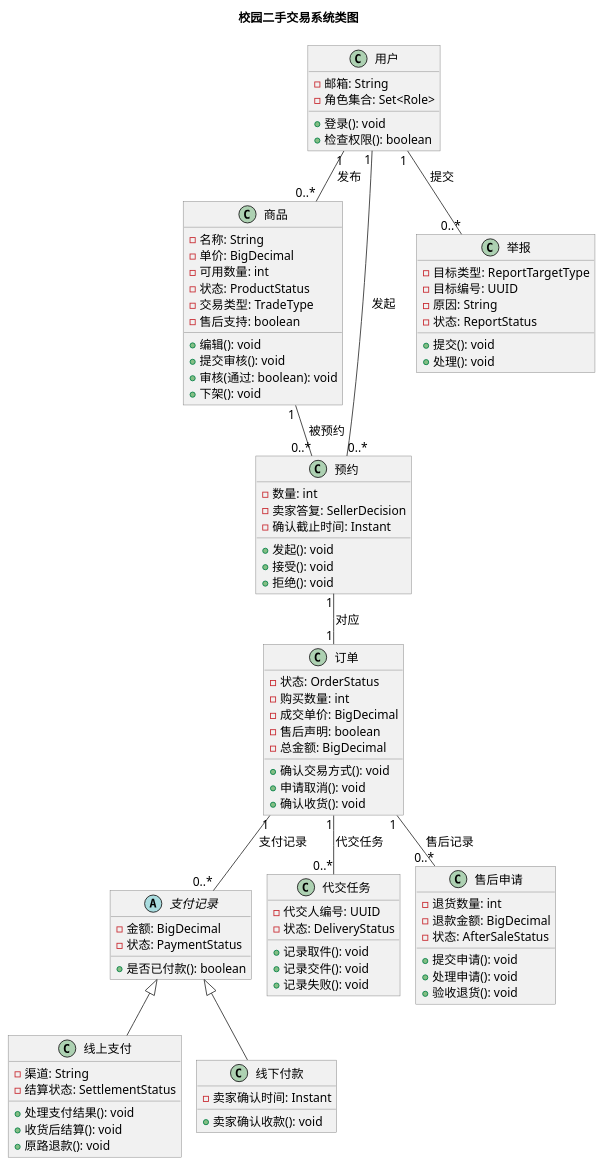
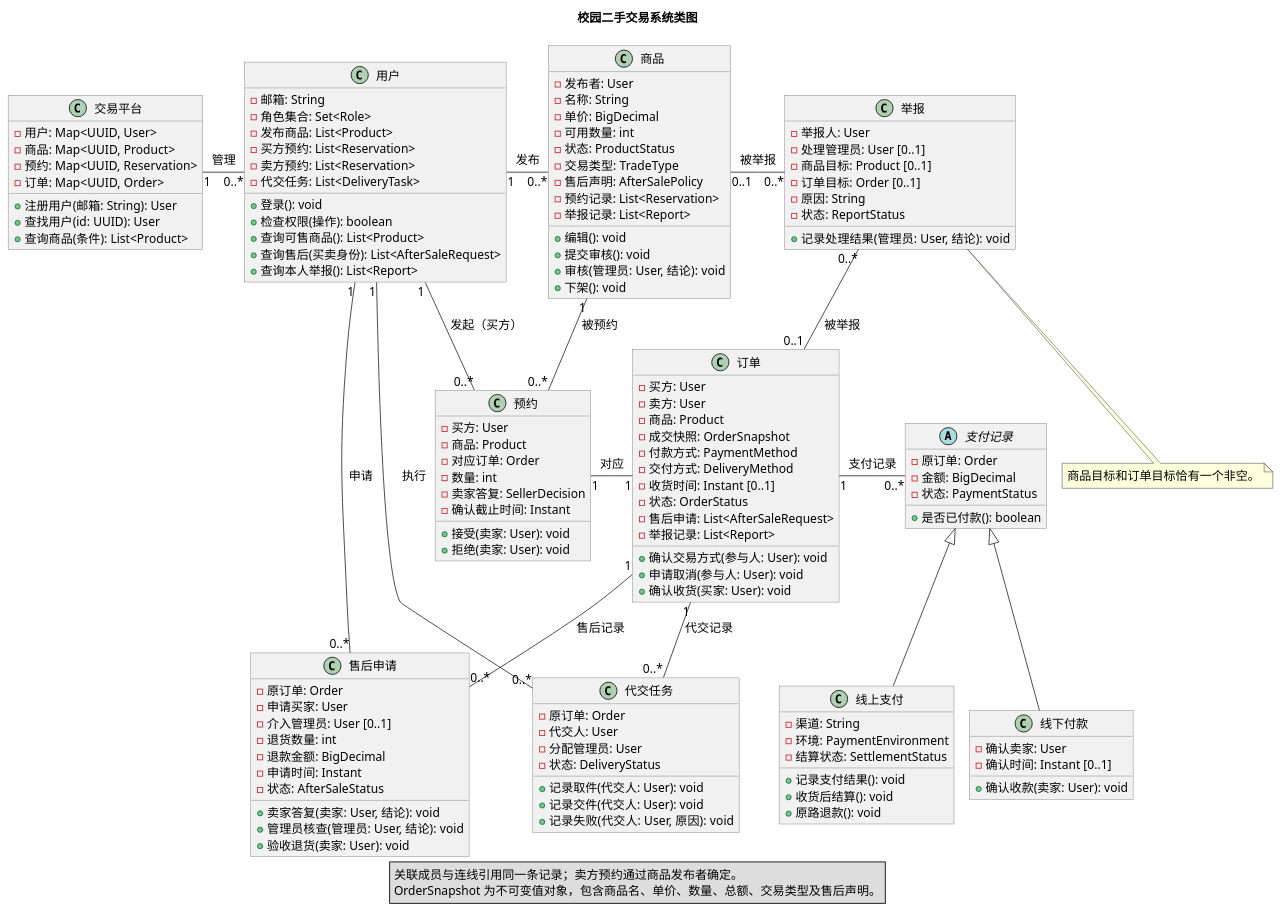
One commit to koishikois259/campus-market changed the diagram in UML/UML类图.puml. Above: the diagram before and after it, drawn with PlantUML. The commit also changed 7 other files, not shown here.

Commit message:
lab2: integrate user-reviewed class structure and start design report

```diff
--- a/UML/UML类图.puml
+++ b/UML/UML类图.puml
@@ -1,110 +1,158 @@
 @startuml
-' v0.2: simplified by AI following the user's reference and review.
+' v0.3: user-reviewed collections, participants and platform registry.
 !pragma layout smetana
 title 校园二手交易系统类图
 skinparam defaultFontName Microsoft YaHei
 skinparam defaultFontSize 14
 skinparam shadowing false
 skinparam roundcorner 0
 skinparam classBackgroundColor #F1F1F1
 skinparam classBorderColor #777777
 skinparam ArrowColor #333333
-skinparam nodesep 40
-skinparam ranksep 55
+skinparam nodesep 35
+skinparam ranksep 45
+
+class "交易平台" as CampusMarket {
+  - 用户: Map<UUID, User>
+  - 商品: Map<UUID, Product>
+  - 预约: Map<UUID, Reservation>
+  - 订单: Map<UUID, Order>
+  + 注册用户(邮箱: String): User
+  + 查找用户(id: UUID): User
+  + 查询商品(条件): List<Product>
+}
 
 class "用户" as User {
   - 邮箱: String
   - 角色集合: Set<Role>
+  - 发布商品: List<Product>
+  - 买方预约: List<Reservation>
+  - 卖方预约: List<Reservation>
+  - 代交任务: List<DeliveryTask>
   + 登录(): void
-  + 检查权限(): boolean
+  + 检查权限(操作): boolean
+  + 查询可售商品(): List<Product>
+  + 查询售后(买卖身份): List<AfterSaleRequest>
+  + 查询本人举报(): List<Report>
 }
 
 class "商品" as Product {
+  - 发布者: User
   - 名称: String
   - 单价: BigDecimal
   - 可用数量: int
   - 状态: ProductStatus
   - 交易类型: TradeType
-  - 售后支持: boolean
+  - 售后声明: AfterSalePolicy
+  - 预约记录: List<Reservation>
+  - 举报记录: List<Report>
   + 编辑(): void
   + 提交审核(): void
-  + 审核(通过: boolean): void
+  + 审核(管理员: User, 结论): void
   + 下架(): void
 }
 
 class "预约" as Reservation {
+  - 买方: User
+  - 商品: Product
+  - 对应订单: Order
   - 数量: int
   - 卖家答复: SellerDecision
   - 确认截止时间: Instant
-  + 发起(): void
-  + 接受(): void
-  + 拒绝(): void
+  + 接受(卖家: User): void
+  + 拒绝(卖家: User): void
 }
 
 class "订单" as Order {
+  - 买方: User
+  - 卖方: User
+  - 商品: Product
+  - 成交快照: OrderSnapshot
+  - 付款方式: PaymentMethod
+  - 交付方式: DeliveryMethod
+  - 收货时间: Instant [0..1]
   - 状态: OrderStatus
-  - 购买数量: int
-  - 成交单价: BigDecimal
-  - 售后声明: boolean
-  - 总金额: BigDecimal
-  + 确认交易方式(): void
-  + 申请取消(): void
-  + 确认收货(): void
+  - 售后申请: List<AfterSaleRequest>
+  - 举报记录: List<Report>
+  + 确认交易方式(参与人: User): void
+  + 申请取消(参与人: User): void
+  + 确认收货(买家: User): void
 }
 
 abstract class "支付记录" as Payment {
+  - 原订单: Order
   - 金额: BigDecimal
   - 状态: PaymentStatus
   + 是否已付款(): boolean
 }
 
 class "线上支付" as OnlinePayment {
   - 渠道: String
+  - 环境: PaymentEnvironment
   - 结算状态: SettlementStatus
-  + 处理支付结果(): void
+  + 记录支付结果(): void
   + 收货后结算(): void
   + 原路退款(): void
 }
 
 class "线下付款" as OfflinePayment {
-  - 卖家确认时间: Instant
-  + 卖家确认收款(): void
+  - 确认卖家: User
+  - 确认时间: Instant [0..1]
+  + 确认收款(卖家: User): void
 }
 
 class "代交任务" as DeliveryTask {
-  - 代交人编号: UUID
+  - 原订单: Order
+  - 代交人: User
+  - 分配管理员: User
   - 状态: DeliveryStatus
-  + 记录取件(): void
-  + 记录交件(): void
-  + 记录失败(): void
+  + 记录取件(代交人: User): void
+  + 记录交件(代交人: User): void
+  + 记录失败(代交人: User, 原因): void
 }
 
 class "售后申请" as AfterSaleRequest {
+  - 原订单: Order
+  - 申请买家: User
+  - 介入管理员: User [0..1]
   - 退货数量: int
   - 退款金额: BigDecimal
+  - 申请时间: Instant
   - 状态: AfterSaleStatus
-  + 提交申请(): void
-  + 处理申请(): void
-  + 验收退货(): void
+  + 卖家答复(卖家: User, 结论): void
+  + 管理员核查(管理员: User, 结论): void
+  + 验收退货(卖家: User): void
 }
 
 class "举报" as Report {
-  - 目标类型: ReportTargetType
-  - 目标编号: UUID
+  - 举报人: User
+  - 处理管理员: User [0..1]
+  - 商品目标: Product [0..1]
+  - 订单目标: Order [0..1]
   - 原因: String
   - 状态: ReportStatus
-  + 提交(): void
-  + 处理(): void
+  + 记录处理结果(管理员: User, 结论): void
 }
 
-User "1" -- "0..*" Product : 发布 >
-User "1" -- "0..*" Reservation : 发起 >
-User "1" -- "0..*" Report : 提交 >
-Product "1" -- "0..*" Reservation : 被预约 >
-Reservation "1" -- "1" Order : 对应 >
-Order "1" -- "0..*" Payment : 支付记录 >
-Order "1" -- "0..*" DeliveryTask : 代交任务 >
-Order "1" -- "0..*" AfterSaleRequest : 售后记录 >
+CampusMarket "1" -right- "0..*" User : 管理 >
+User "1" -right- "0..*" Product : 发布 >
+User "1" -down- "0..*" Reservation : 发起（买方） >
+Product "1" -down- "0..*" Reservation : 被预约 >
+Reservation "1" -right- "1" Order : 对应 >
+User "1" -down- "0..*" DeliveryTask : 执行 >
+User "1" -down- "0..*" AfterSaleRequest : 申请 >
+Order "1" -right- "0..*" Payment : 支付记录 >
+Order "1" -down- "0..*" DeliveryTask : 代交记录 >
+Order "1" -down- "0..*" AfterSaleRequest : 售后记录 >
+Product "0..1" -right- "0..*" Report : 被举报 >
+Order "0..1" -up- "0..*" Report : 被举报 >
 Payment <|-- OnlinePayment
 Payment <|-- OfflinePayment
+note bottom of Report
+  商品目标和订单目标恰有一个非空。
+end note
+legend bottom
+  关联成员与连线引用同一条记录；卖方预约通过商品发布者确定。
+  OrderSnapshot 为不可变值对象，包含商品名、单价、数量、总额、交易类型及售后声明。
+endlegend
 @enduml
```
